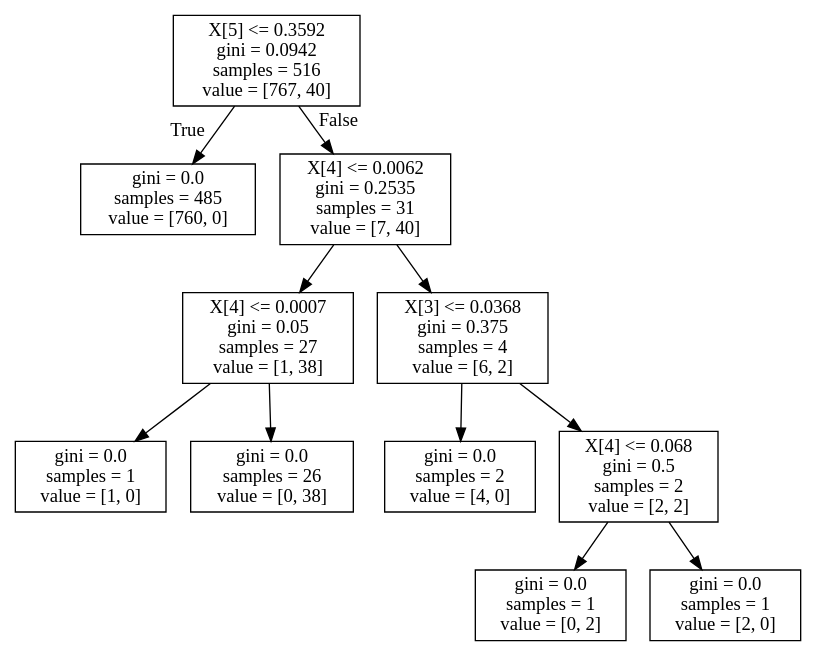
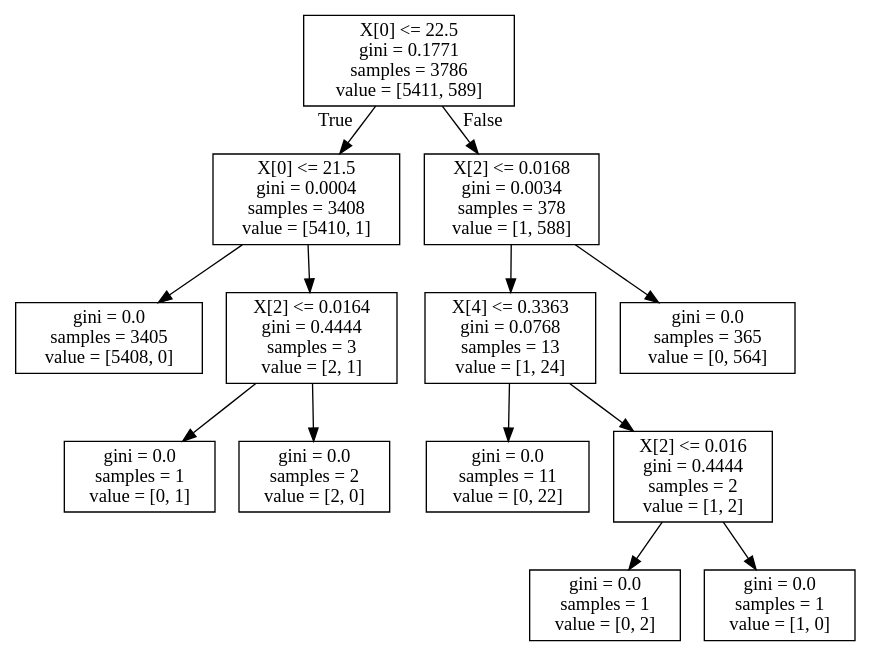
The diagram in 1.dot (imwack/facebook), drawn with Graphviz before and after one commit. The commit also changed 16 other files, not shown here.

Commit message:
random graph 10000 nodes

```diff
--- a/1.dot
+++ b/1.dot
@@ -1,24 +1,28 @@
 digraph Tree {
 node [shape=box] ;
-0 [label="X[5] <= 0.3592\ngini = 0.0942\nsamples = 516\nvalue = [767, 40]"] ;
-1 [label="gini = 0.0\nsamples = 485\nvalue = [760, 0]"] ;
+0 [label="X[0] <= 22.5\ngini = 0.1771\nsamples = 3786\nvalue = [5411, 589]"] ;
+1 [label="X[0] <= 21.5\ngini = 0.0004\nsamples = 3408\nvalue = [5410, 1]"] ;
 0 -> 1 [labeldistance=2.5, labelangle=45, headlabel="True"] ;
-2 [label="X[4] <= 0.0062\ngini = 0.2535\nsamples = 31\nvalue = [7, 40]"] ;
-0 -> 2 [labeldistance=2.5, labelangle=-45, headlabel="False"] ;
-3 [label="X[4] <= 0.0007\ngini = 0.05\nsamples = 27\nvalue = [1, 38]"] ;
-2 -> 3 ;
-4 [label="gini = 0.0\nsamples = 1\nvalue = [1, 0]"] ;
+2 [label="gini = 0.0\nsamples = 3405\nvalue = [5408, 0]"] ;
+1 -> 2 ;
+3 [label="X[2] <= 0.0164\ngini = 0.4444\nsamples = 3\nvalue = [2, 1]"] ;
+1 -> 3 ;
+4 [label="gini = 0.0\nsamples = 1\nvalue = [0, 1]"] ;
 3 -> 4 ;
-5 [label="gini = 0.0\nsamples = 26\nvalue = [0, 38]"] ;
+5 [label="gini = 0.0\nsamples = 2\nvalue = [2, 0]"] ;
 3 -> 5 ;
-6 [label="X[3] <= 0.0368\ngini = 0.375\nsamples = 4\nvalue = [6, 2]"] ;
-2 -> 6 ;
-7 [label="gini = 0.0\nsamples = 2\nvalue = [4, 0]"] ;
+6 [label="X[2] <= 0.0168\ngini = 0.0034\nsamples = 378\nvalue = [1, 588]"] ;
+0 -> 6 [labeldistance=2.5, labelangle=-45, headlabel="False"] ;
+7 [label="X[4] <= 0.3363\ngini = 0.0768\nsamples = 13\nvalue = [1, 24]"] ;
 6 -> 7 ;
-8 [label="X[4] <= 0.068\ngini = 0.5\nsamples = 2\nvalue = [2, 2]"] ;
-6 -> 8 ;
-9 [label="gini = 0.0\nsamples = 1\nvalue = [0, 2]"] ;
-8 -> 9 ;
-10 [label="gini = 0.0\nsamples = 1\nvalue = [2, 0]"] ;
-8 -> 10 ;
+8 [label="gini = 0.0\nsamples = 11\nvalue = [0, 22]"] ;
+7 -> 8 ;
+9 [label="X[2] <= 0.016\ngini = 0.4444\nsamples = 2\nvalue = [1, 2]"] ;
+7 -> 9 ;
+10 [label="gini = 0.0\nsamples = 1\nvalue = [0, 2]"] ;
+9 -> 10 ;
+11 [label="gini = 0.0\nsamples = 1\nvalue = [1, 0]"] ;
+9 -> 11 ;
+12 [label="gini = 0.0\nsamples = 365\nvalue = [0, 564]"] ;
+6 -> 12 ;
 }
```
